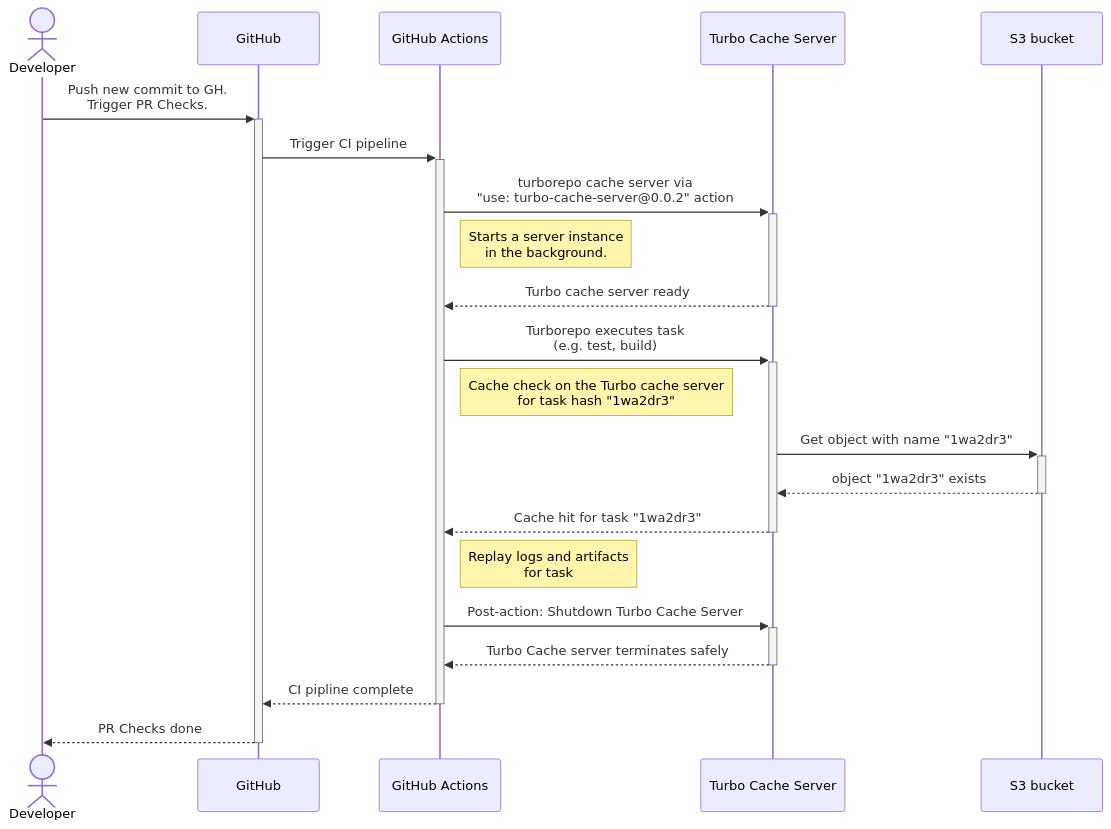
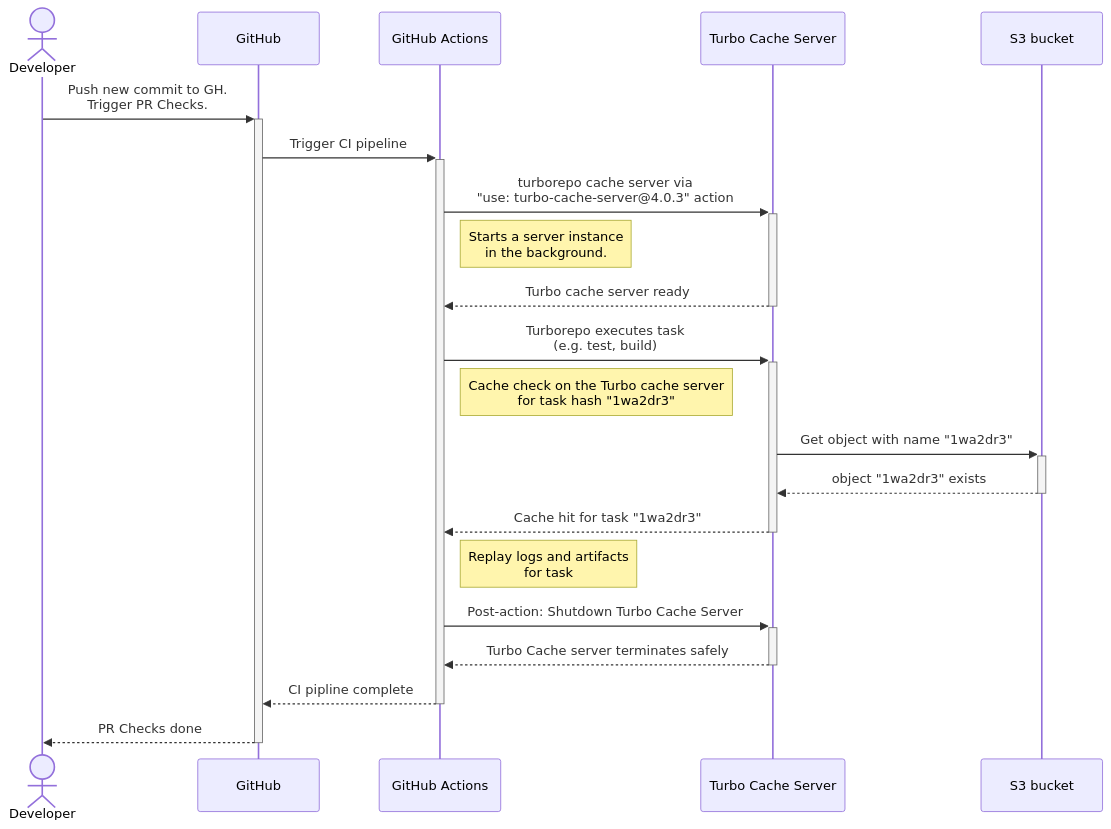
Before and after one commit to brunojppb/turbo-cache-server: the first of 2 diagrams in README.md, drawn with Mermaid. The commit also changed other lines of this file, not shown here.

Commit message:
Update docs to use the latest version of the cache

````diff
--- a/README.md
+++ b/README.md
@@ -494,23 +494,23 @@
 ```mermaid
 sequenceDiagram
     actor A as Developer
     participant B as GitHub
     participant C as GitHub Actions
     participant D as Turbo Cache Server
     participant E as S3 bucket
     A->>+B: Push new commit to GH.<br>Trigger PR Checks.
     B->>+C: Trigger CI pipeline
-    C->>+D: turborepo cache server via<br/>"use: turbo-cache-server@0.0.2" action
+    C->>+D: turborepo cache server via<br/>"use: turbo-cache-server@4.0.3" action
     Note right of C: Starts a server instance<br/> in the background.
     D-->>-C: Turbo cache server ready
     C->>+D: Turborepo executes task<br/>(e.g. test, build)
     Note right of C: Cache check on the Turbo cache server<br/>for task hash "1wa2dr3"
     D->>+E: Get object with name "1wa2dr3"
     E-->>-D: object "1wa2dr3" exists
     D-->>-C: Cache hit for task "1wa2dr3"
     Note right of C: Replay logs and artifacts<br/>for task
     C->>+D: Post-action: Shutdown Turbo Cache Server
     D-->>-C: Turbo Cache server terminates safely
     C-->>-B: CI pipline complete
     B-->>-A: PR Checks done
 ```
````
